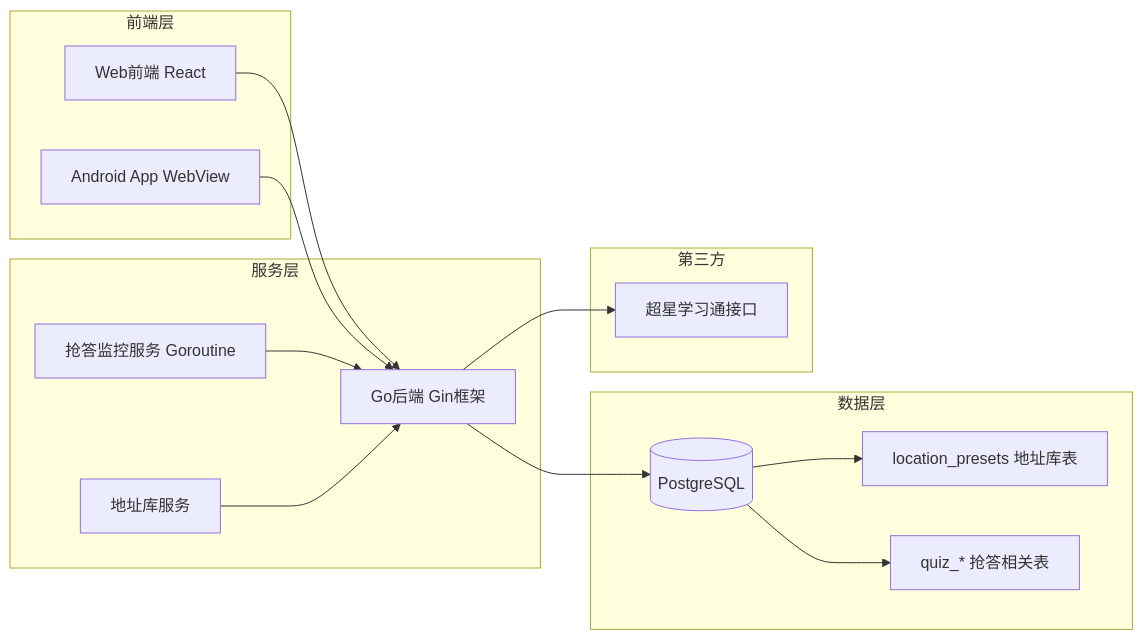
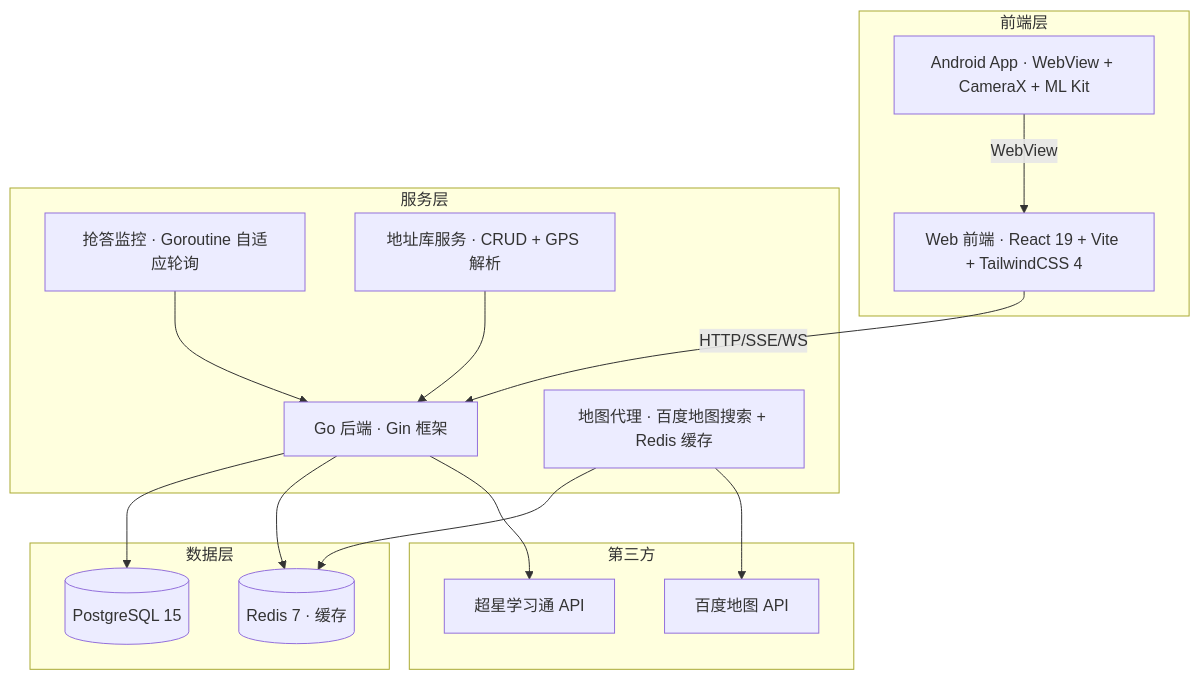
The diagram in README.md (Gin0715/XBT), drawn with Mermaid before and after one commit. The commit also changed other lines of this file and 1 other file, not shown here.

````diff
--- a/README.md
+++ b/README.md
@@ -94,30 +90,34 @@
 ```mermaid
-flowchart LR
+flowchart TB
     subgraph 前端层
-        W[Web前端 React]
-        A[Android App WebView]
+        W["Web 前端 · React 19 + Vite + TailwindCSS 4"]
+        A["Android App · WebView + CameraX + ML Kit"]
     end
-    
+
     subgraph 服务层
-        S[Go后端 Gin框架]
-        Q[抢答监控服务 Goroutine]
-        L[地址库服务]
+        S["Go 后端 · Gin 框架"]
+        Q["抢答监控 · Goroutine 自适应轮询"]
+        L["地址库服务 · CRUD + GPS 解析"]
+        B["地图代理 · 百度地图搜索 + Redis 缓存"]
     end
-    
+
     subgraph 数据层
-        D[(PostgreSQL)]
-        D --> L1[location_presets 地址库表]
-        D --> Q1[quiz_* 抢答相关表]
+        D[("PostgreSQL 15")]
+        R[("Redis 7 · 缓存")]
     end
-    
+
     subgraph 第三方
-        X[超星学习通接口]
+        X["超星学习通 API"]
+        BM["百度地图 API"]
     end
-    
-    W --> S
-    A --> S
+
+    W -->|HTTP/SSE/WS| S
+    A -->|WebView| W
     S --> D
+    S --> R
     S --> X
     Q --> S
     L --> S
+    B --> R
+    B --> BM
 ```
````
